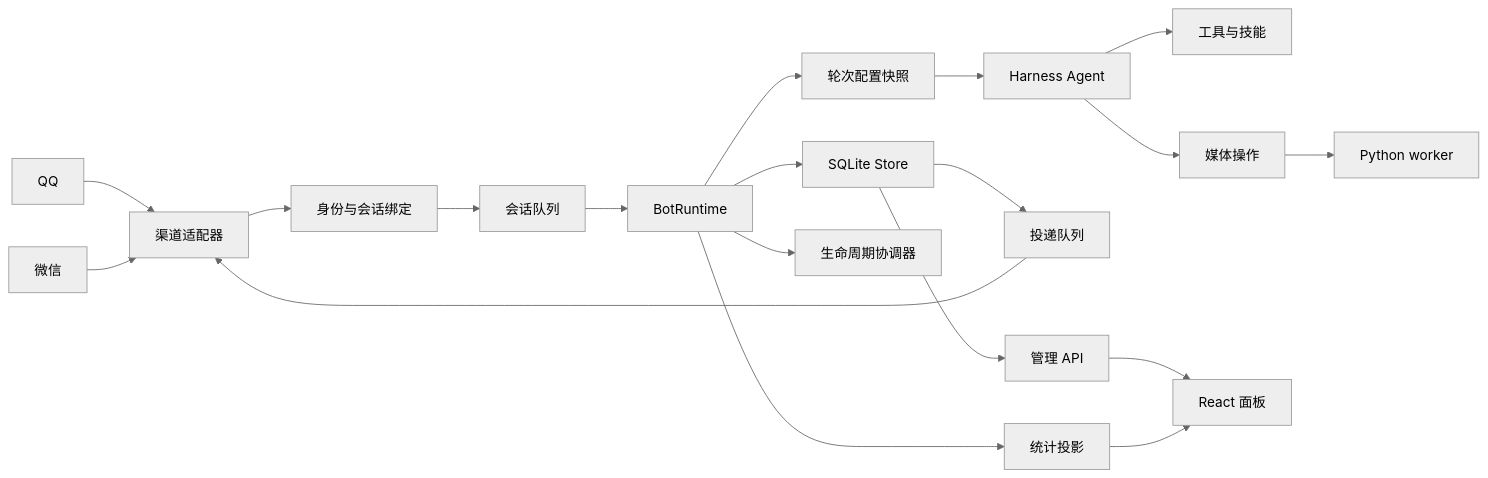
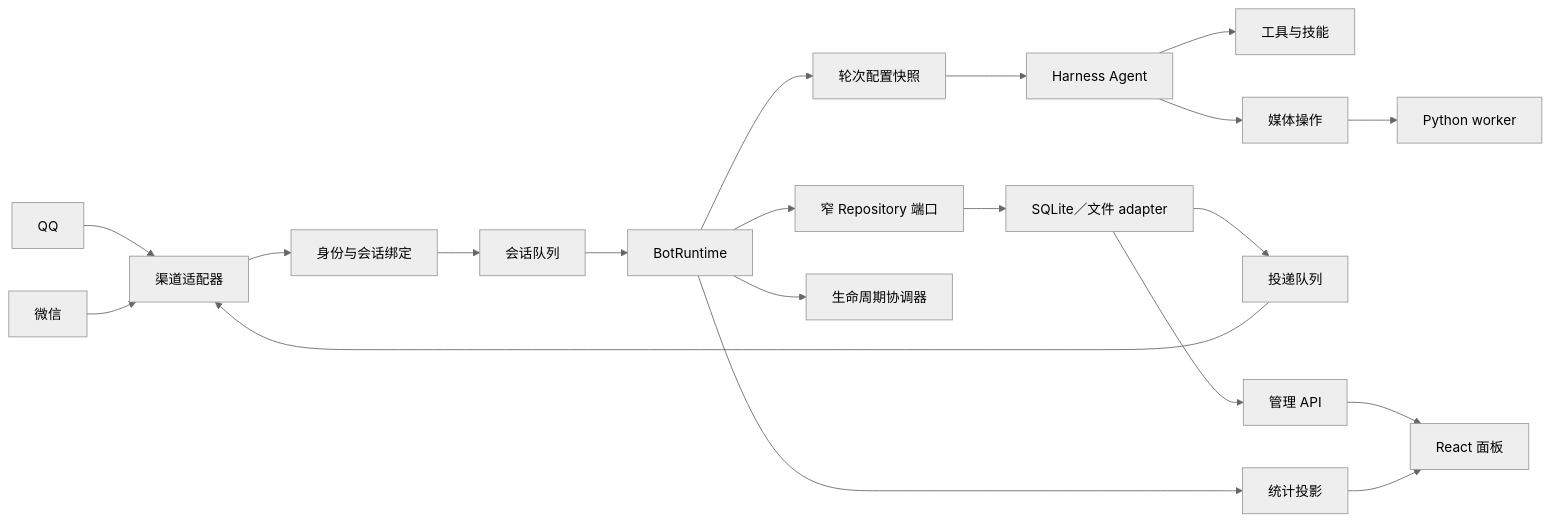
The diagram in docs/architecture.md (Helloworld2345567/dsh-plugin-integration-qq-wechat-bot), drawn with Mermaid (neutral theme) before and after one commit. The commit also changed other lines of this file and 5 other files, not shown here.

````diff
--- a/docs/architecture.md
+++ b/docs/architecture.md
@@ -9,21 +9,22 @@
 ```mermaid
 flowchart LR
   QQ[QQ] --> Channel[渠道适配器]
   WX[微信] --> Channel
   Channel --> Identity[身份与会话绑定]
   Identity --> Queue[会话队列]
   Queue --> Runtime[BotRuntime]
   Runtime --> Snapshot[轮次配置快照]
   Snapshot --> Harness[Harness Agent]
   Harness --> Tools[工具与技能]
   Harness --> Media[媒体操作]
   Media --> Worker[Python worker]
-  Runtime --> Store[SQLite Store]
-  Store --> Delivery[投递队列]
+  Runtime --> Repos[窄 Repository 端口]
+  Repos --> SQLite[SQLite／文件 adapter]
+  SQLite --> Delivery[投递队列]
   Delivery --> Channel
-  Store --> Admin[管理 API]
+  SQLite --> Admin[管理 API]
   Admin --> Panel[React 面板]
   Runtime --> Stats[统计投影]
   Stats --> Panel
   Runtime --> Lifecycle[生命周期协调器]
 ```
````
